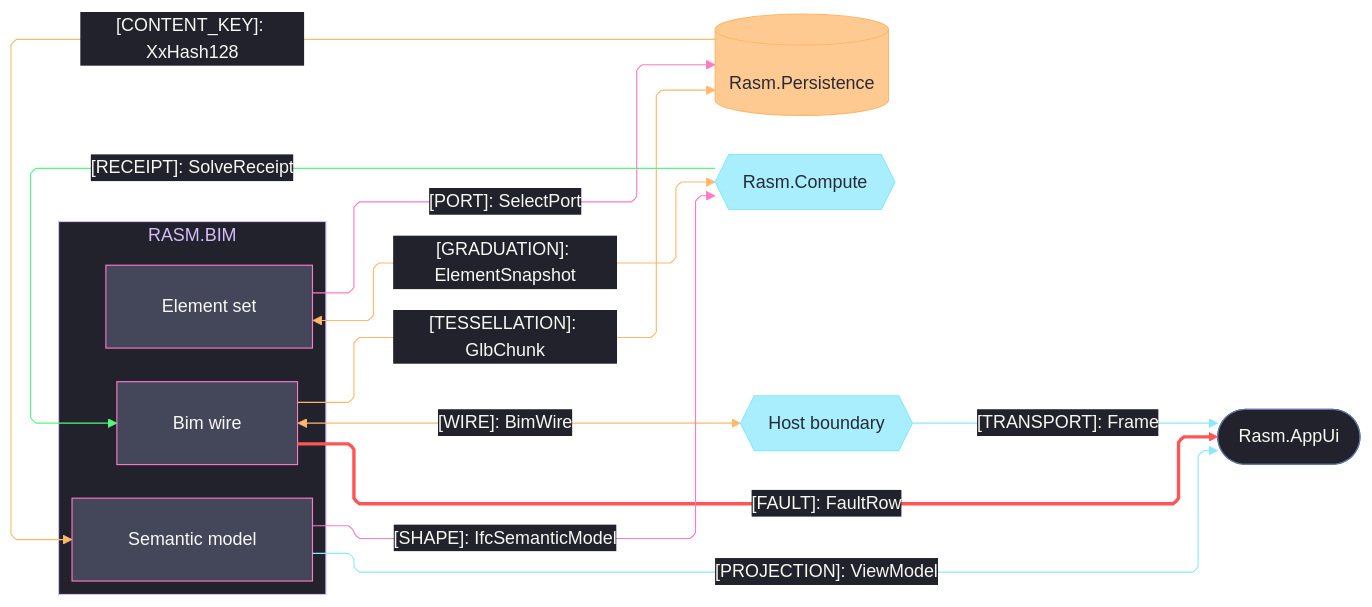
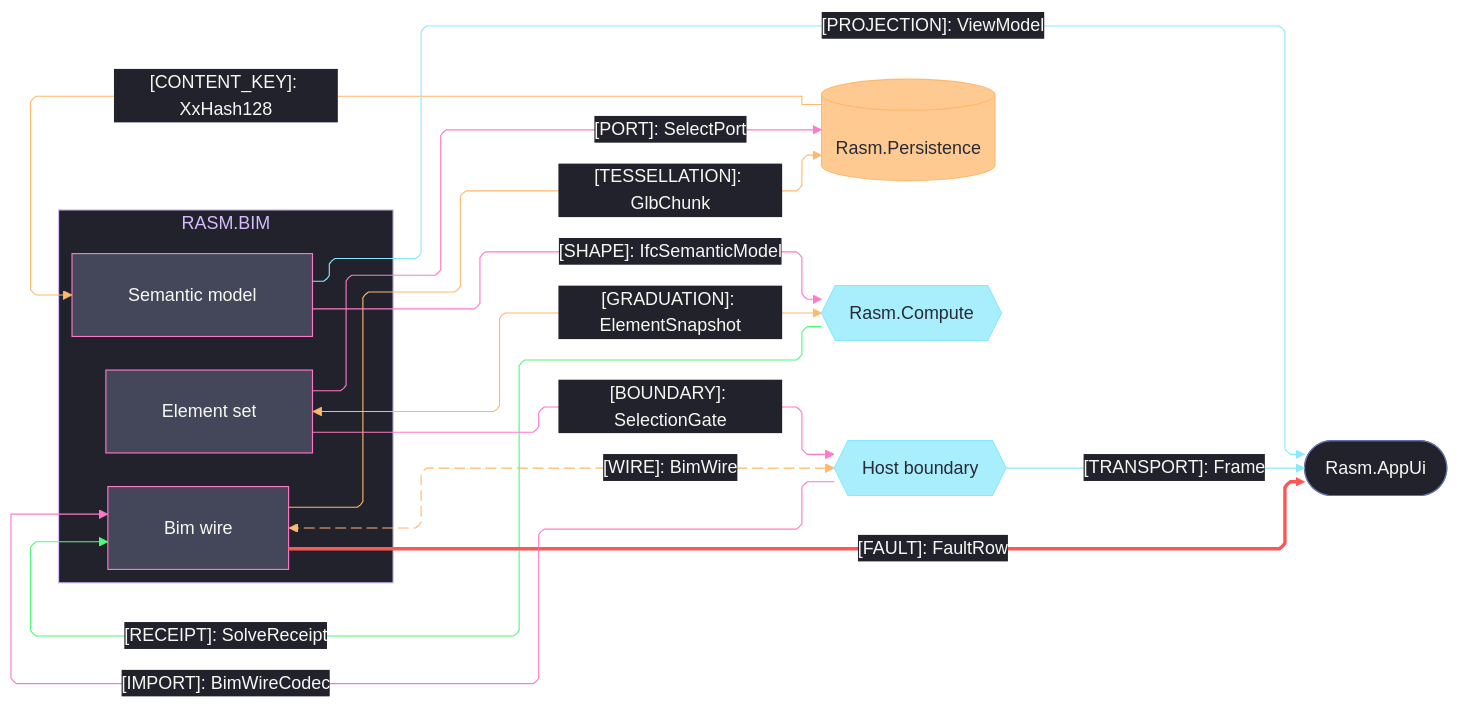
One commit to bsamiee/Rasm changed the diagram in .claude/skills/mermaid-diagramming/templates/seam-graph.mmd.md. Above: the diagram before and after it, drawn with Mermaid. The commit also changed other lines of this file and 26 other files, not shown here.

First line of the commit message:
skill: mermaid-diagramming full-estate rebuild — 26-attacker adversarial audit, 11.16 alignment, hardened gates

````diff
--- a/.claude/skills/mermaid-diagramming/templates/seam-graph.mmd.md
+++ b/.claude/skills/mermaid-diagramming/templates/seam-graph.mmd.md
@@ -11,68 +11,71 @@
 ```mermaid
 ---
 config:
   theme: base
   look: classic
   layout: elk
   flowchart:
     curve: linear
     padding: 25
   themeVariables:
     darkMode: true
     fontFamily: "SF Mono, Menlo, Cascadia Mono, Segoe UI Mono, Consolas, monospace"
     useGradient: false
     dropShadow: "none"
     background: "#282A36"
     primaryColor: "#44475A"
     primaryTextColor: "#F8F8F2"
     primaryBorderColor: "#BD93F9"
     lineColor: "#FF79C6"
     textColor: "#F8F8F2"
     clusterBkg: "#21222C"
     clusterBorder: "#D6BCFA"
     edgeLabelBackground: "#21222C"
     labelBackgroundColor: "#21222C"
     titleColor: "#D6BCFA"
   themeCSS: ".nodeLabel{font-size:13px;font-weight:500}.edgeLabel{font-size:12px;font-weight:500}.cluster-label .nodeLabel{font-size:13.5px;font-weight:700;letter-spacing:.08em}.edge-thickness-normal{stroke-width:2px}.edge-thickness-thick{stroke-width:3px}.edge-pattern-dashed,.edge-pattern-dotted{stroke-width:1.5px;stroke-dasharray:4 6}.node rect,.node circle,.node polygon,.node path,.node .outer-path{stroke-width:1.5px;filter:none!important}.cluster rect{stroke-width:1px!important;stroke-dasharray:5 4!important;filter:none!important}.marker path{transform:scale(.8);transform-origin:5px 5px}.marker circle{transform:scale(.48);transform-origin:5px 5px}.edgeLabel rect{transform-box:fill-box;transform-origin:center;transform:scale(1.1,1.2)}"
 ---
 flowchart LR
     accTitle: Bim package seam registry
-    accDescr: Bim sub-domain owners exchanging kinded shapes with persistence, compute, the host boundary, and the app shell, edge rails colored by kind and nodes classed by seam direction.
+    accDescr: Bim sub-domain owners exchanging kinded shapes with persistence, compute, the host boundary, and the app shell, edge rails colored by kind, nodes classed by seam direction, and the live host wire animated.
     subgraph bim[RASM.BIM]
         Semantic[Semantic model]
         ElementSet[Element set]
         Wire[Bim wire]
     end
     Persistence[(Rasm.Persistence)]
     Compute{{Rasm.Compute}}
     Host{{Host boundary}}
     AppUi([Rasm.AppUi])
     Persistence e1@-->|"[CONTENT_KEY]: XxHash128"| Semantic
     Wire e2@<-->|"[WIRE]: BimWire"| Host
     Wire e3@-->|"[TESSELLATION]: GlbChunk"| Persistence
     ElementSet e4@<-->|"[GRADUATION]: ElementSnapshot"| Compute
     Compute e5@-->|"[RECEIPT]: SolveReceipt"| Wire
     Wire e6@-->|"[FAULT]: FaultRow"| AppUi
     Semantic e7@-->|"[PROJECTION]: ViewModel"| AppUi
     Host e8@-->|"[TRANSPORT]: Frame"| AppUi
     ElementSet e9@-->|"[PORT]: SelectPort"| Persistence
     Semantic e10@-->|"[SHAPE]: IfcSemanticModel"| Compute
+    ElementSet e11@-->|"[BOUNDARY]: SelectionGate"| Host
+    Host e12@-->|"[IMPORT]: BimWireCodec"| Wire
+    e2@{ animate: true }
     classDef primary fill:#44475A,stroke:#FF79C6,color:#F8F8F2
     classDef external fill:#8BE9FDBF,stroke:#8BE9FD,color:#282A36
     classDef data fill:#FFB86CBF,stroke:#FFB86C,color:#282A36
-    classDef annotation fill:#21222C,stroke:#6272A4,color:#F8F8F2
+    classDef recessed fill:#21222C,stroke:#6272A4,color:#F8F8F2
     classDef edgeData stroke:#FFB86C,color:#F8F8F2
     classDef edgeSuccess stroke:#50FA7B,color:#F8F8F2
     classDef edgeError stroke:#FF5555,stroke-width:3px,color:#F8F8F2
     classDef edgeExternal stroke:#8BE9FD,color:#F8F8F2
     classDef edgeControl stroke:#FF79C6,color:#F8F8F2
     class Semantic,ElementSet,Wire primary
     class Compute,Host external
     class Persistence data
-    class AppUi annotation
+    class AppUi recessed
     class e1,e2,e3,e4 edgeData
     class e5 edgeSuccess
     class e6 edgeError
     class e7,e8 edgeExternal
-    class e9,e10 edgeControl
+    class e9,e10,e11,e12 edgeControl
 ```
````
